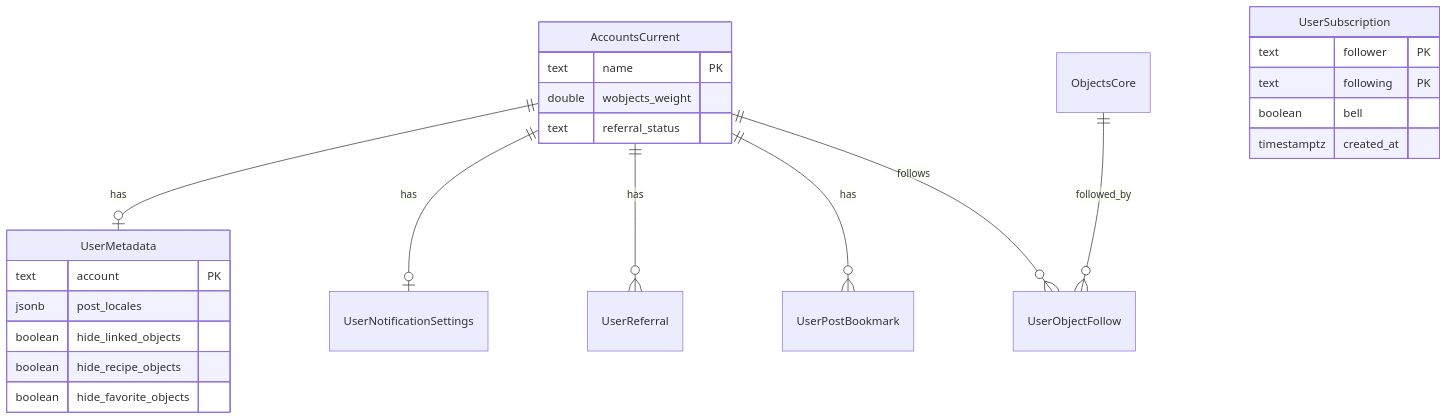
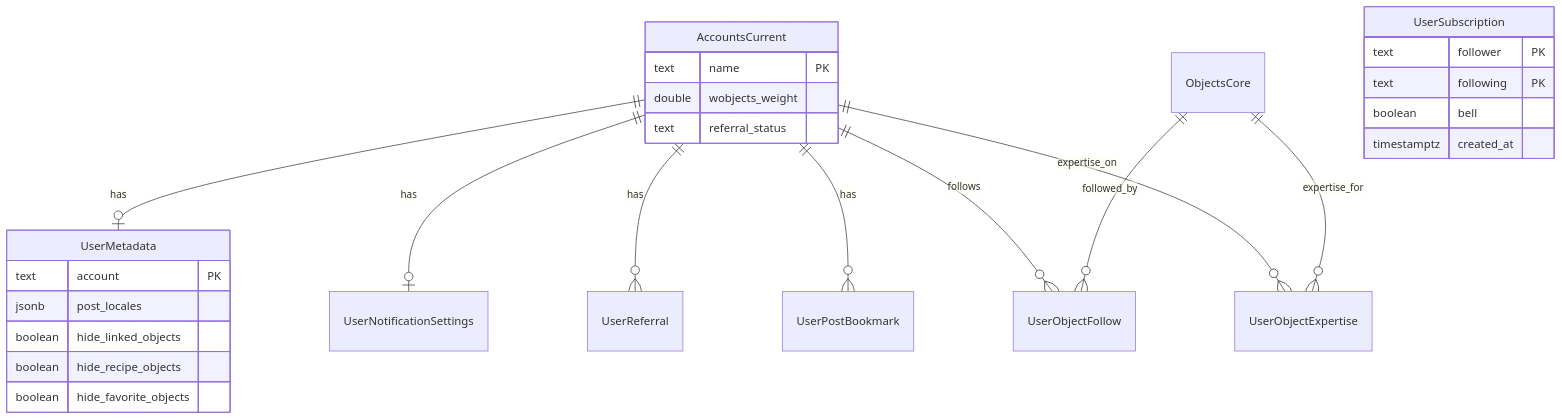
The diagram in docs/spec/data-model/users.md (Fesmofet/open-data), drawn with Mermaid before and after one commit. The commit also changed other lines of this file and 134 other files, not shown here.

Commit message:
feat: Introduce expertise-related endpoints and functionality, including user expertise counters and object experts retrieval, enhancing user interaction and data representation

````diff
--- a/docs/spec/data-model/users.md
+++ b/docs/spec/data-model/users.md
@@ -37,30 +38,32 @@
 ```mermaid
 erDiagram
   AccountsCurrent ||--o| UserMetadata : "has"
   AccountsCurrent ||--o| UserNotificationSettings : "has"
   AccountsCurrent ||--o{ UserReferral : "has"
   AccountsCurrent ||--o{ UserPostBookmark : "has"
   AccountsCurrent ||--o{ UserObjectFollow : "follows"
+  AccountsCurrent ||--o{ UserObjectExpertise : "expertise_on"
   ObjectsCore ||--o{ UserObjectFollow : "followed_by"
+  ObjectsCore ||--o{ UserObjectExpertise : "expertise_for"
 
   AccountsCurrent {
     text name PK
     double wobjects_weight
     text referral_status
   }
 
   UserMetadata {
     text account PK
     jsonb post_locales
     boolean hide_linked_objects
     boolean hide_recipe_objects
     boolean hide_favorite_objects
   }
 
   UserSubscription {
     text follower PK
     text following PK
     boolean bell
     timestamptz created_at
   }
 ```
````
